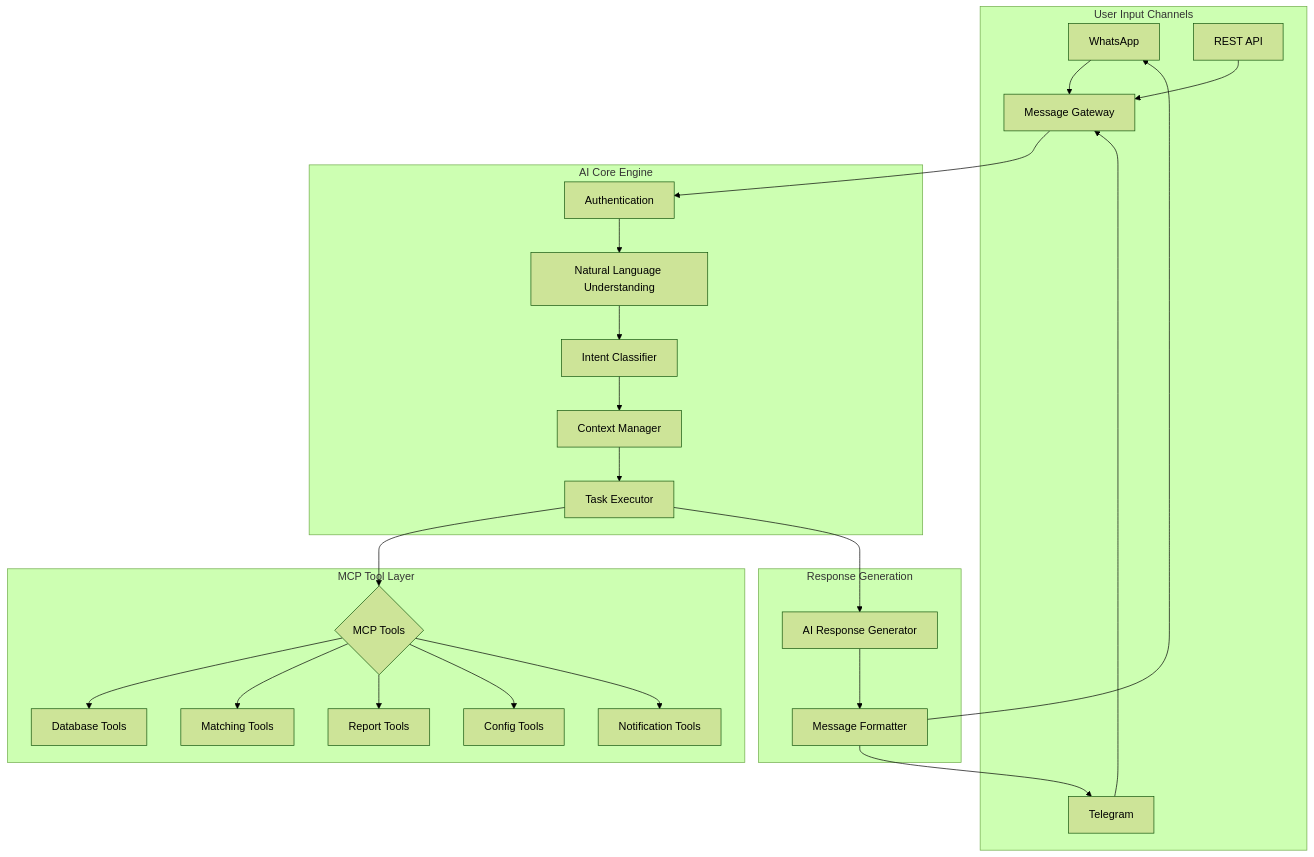
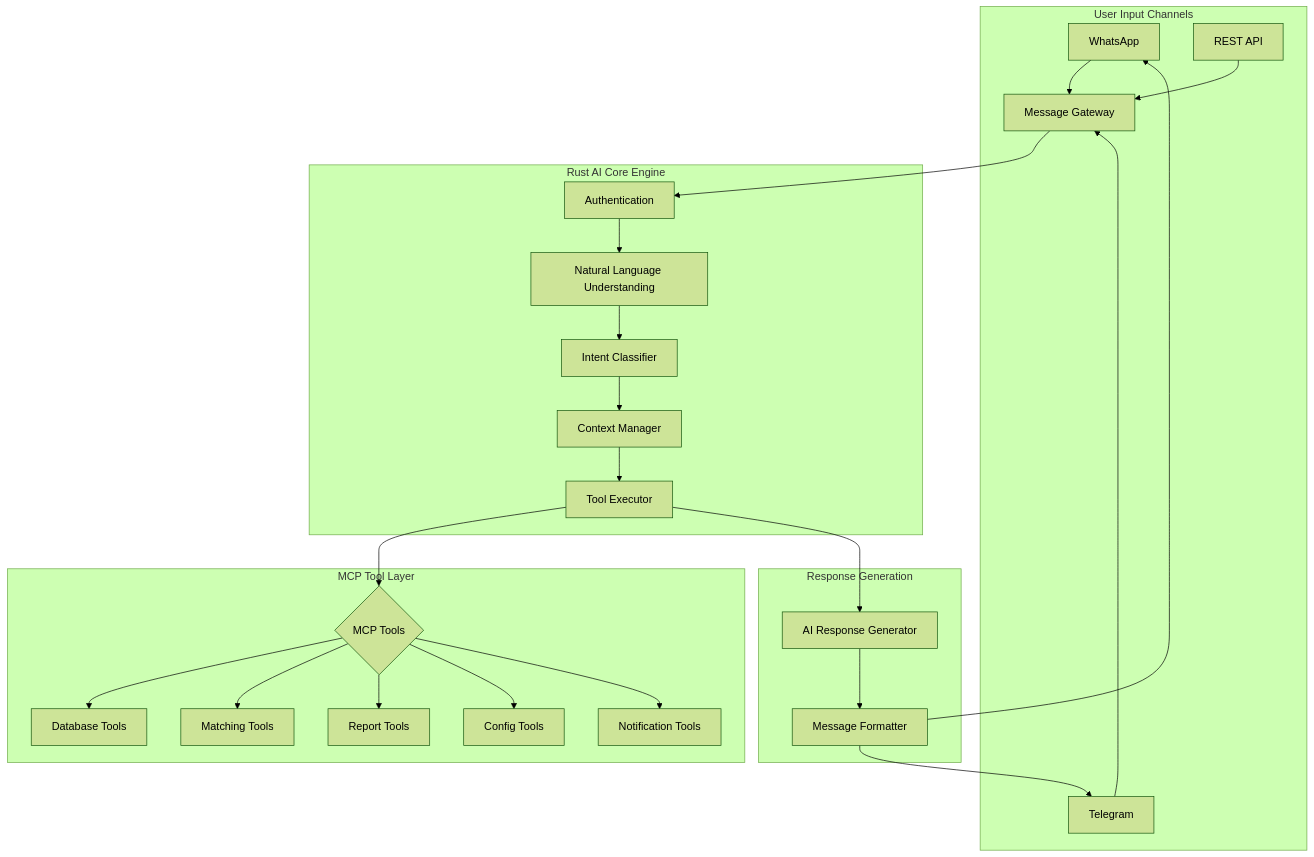
The diagram in future/AI_BOT_SYSTEM_DESIGN.md (sabryio/pharma-broker), drawn with Mermaid (forest theme) before and after one commit. The commit also changed other lines of this file and 26 other files, not shown here.

````diff
--- a/future/AI_BOT_SYSTEM_DESIGN.md
+++ b/future/AI_BOT_SYSTEM_DESIGN.md
@@ -7,32 +10,32 @@
 ```mermaid
 flowchart TB
     subgraph Input["User Input Channels"]
         WA[WhatsApp] --> Gateway
         TG[Telegram] --> Gateway
         API[REST API] --> Gateway
     end
 
-    subgraph Core["AI Core Engine"]
+    subgraph Core["Rust AI Core Engine"]
         Gateway[Message Gateway] --> Auth[Authentication]
         Auth --> NLU[Natural Language Understanding]
         NLU --> Intent[Intent Classifier]
         Intent --> Context[Context Manager]
-        Context --> Executor[Task Executor]
+        Context --> Executor[Tool Executor]
     end
 
     subgraph MCP["MCP Tool Layer"]
         Executor --> Tools{MCP Tools}
         Tools --> DB[Database Tools]
         Tools --> Match[Matching Tools]
         Tools --> Report[Report Tools]
         Tools --> Config[Config Tools]
         Tools --> Notify[Notification Tools]
     end
 
     subgraph Response["Response Generation"]
         Executor --> ResponseGen[AI Response Generator]
         ResponseGen --> Format[Message Formatter]
         Format --> WA
         Format --> TG
     end
 ```
````
